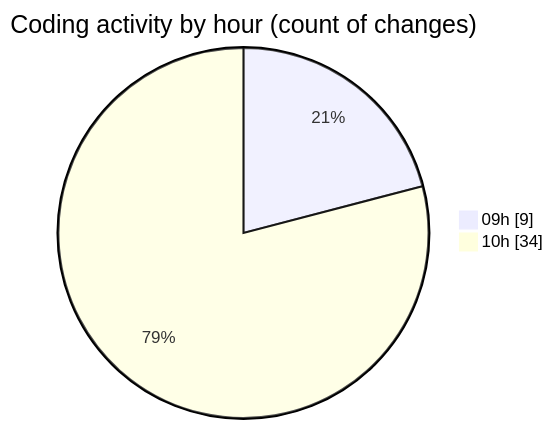
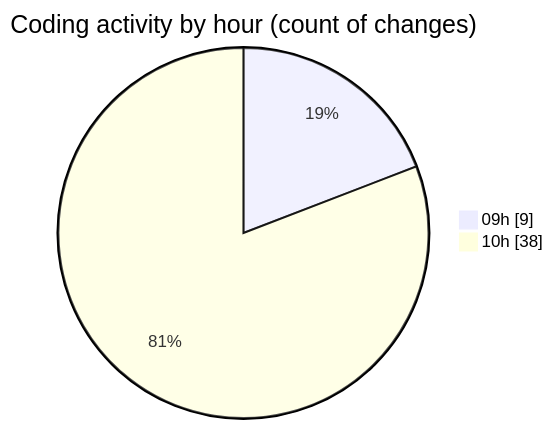
Before and after one commit to robertbonfada/code-tracking: the second of 2 diagrams in 2025-03-04/termonied_testador/README.md, drawn with Mermaid. The commit also changed other lines of this file and 1 other file, not shown here.

````diff
--- a/2025-03-04/termonied_testador/README.md
+++ b/2025-03-04/termonied_testador/README.md
@@ -34,6 +34,6 @@
 ```mermaid
 pie showData
 title Coding activity by hour (count of changes)
 "09h" : 9
-"10h" : 34
+"10h" : 38
 ```
````
